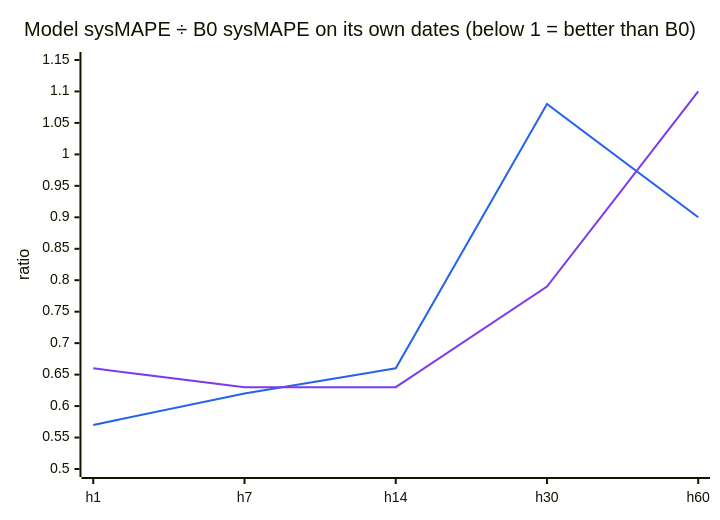
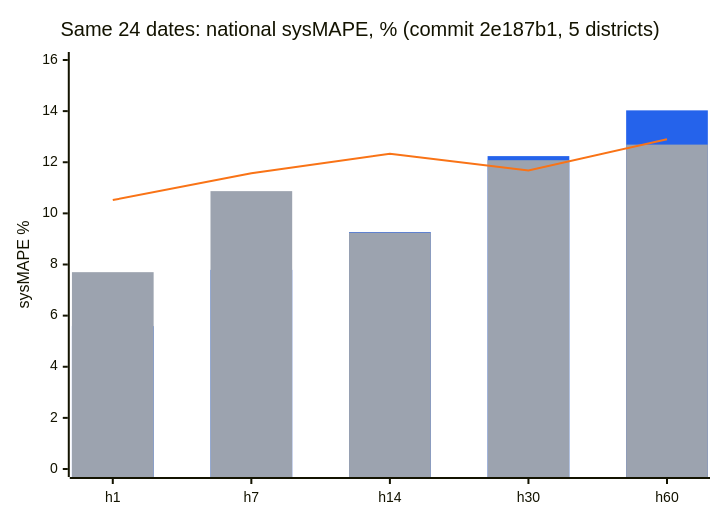
Diagram 11 of 13 in docs/reports/xgboost_wx_2025_split.md (Avazbek2002/electricity), drawn with Mermaid before and after one commit. The commit also changed other lines of this file, not shown here.

First line of the commit message:
Report: same-dates weather vs no-weather comparison and the early-stopping finding

````diff
--- a/docs/reports/xgboost_wx_2025_split.md
+++ b/docs/reports/xgboost_wx_2025_split.md
@@ -263,10 +265,10 @@
 ```mermaid
-%%{init: {"themeVariables": {"xyChart": {"plotColorPalette": "#2563eb, #f97316"}}}}%%
-%%{init: {"themeVariables": {"xyChart": {"plotColorPalette": "#2563eb, #7c3aed"}}}}%%
+%%{init: {"themeVariables": {"xyChart": {"plotColorPalette": "#2563eb, #9ca3af, #f97316"}}}}%%
 xychart-beta
-    title "Model sysMAPE ÷ B0 sysMAPE on its own dates (below 1 = better than B0)"
+    title "Same 24 dates: national sysMAPE, % (commit 2e187b1, 5 districts)"
     x-axis [h1, h7, h14, h30, h60]
-    y-axis "ratio" 0.5 --> 1.15
-    line "xgboost_wx (24 dates)" [0.57, 0.62, 0.66, 1.08, 0.90]
-    line "xgboost, no weather (181 dates)" [0.66, 0.63, 0.63, 0.79, 1.10]
+    y-axis "sysMAPE %" 0 --> 16
+    bar [5.59, 7.79, 9.27, 12.24, 14.03]
+    bar [7.70, 10.87, 9.25, 12.08, 12.69]
+    line [10.52, 11.57, 12.33, 11.68, 12.90]
 ```
````
